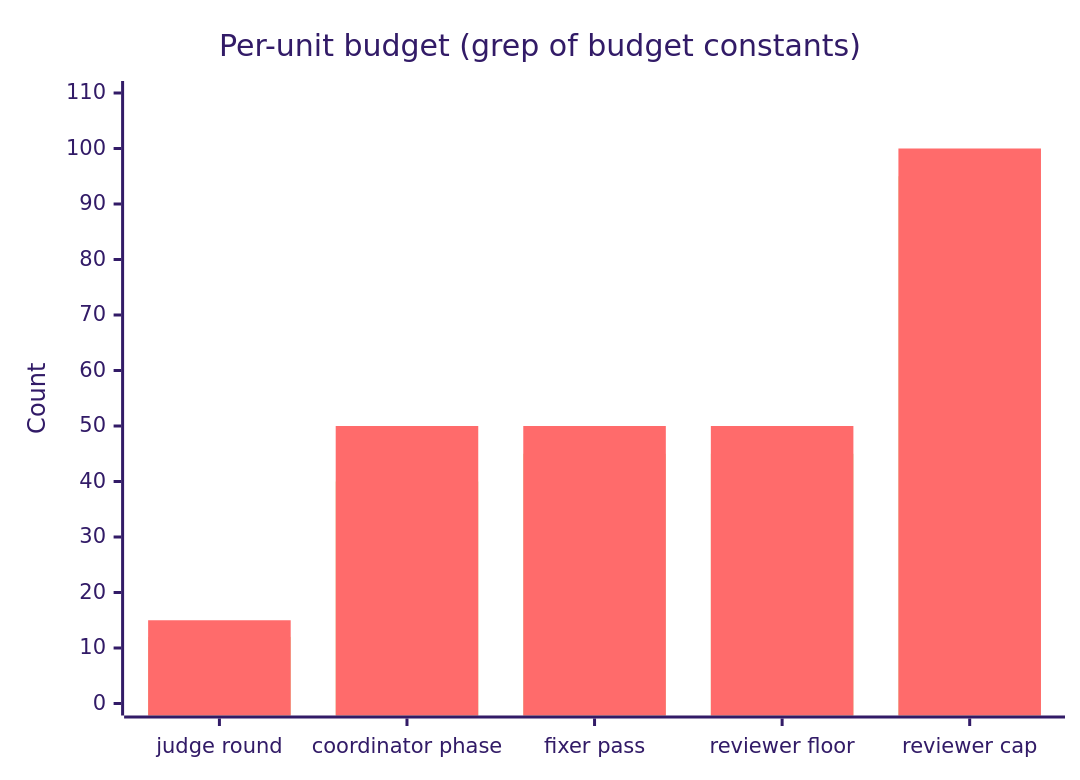
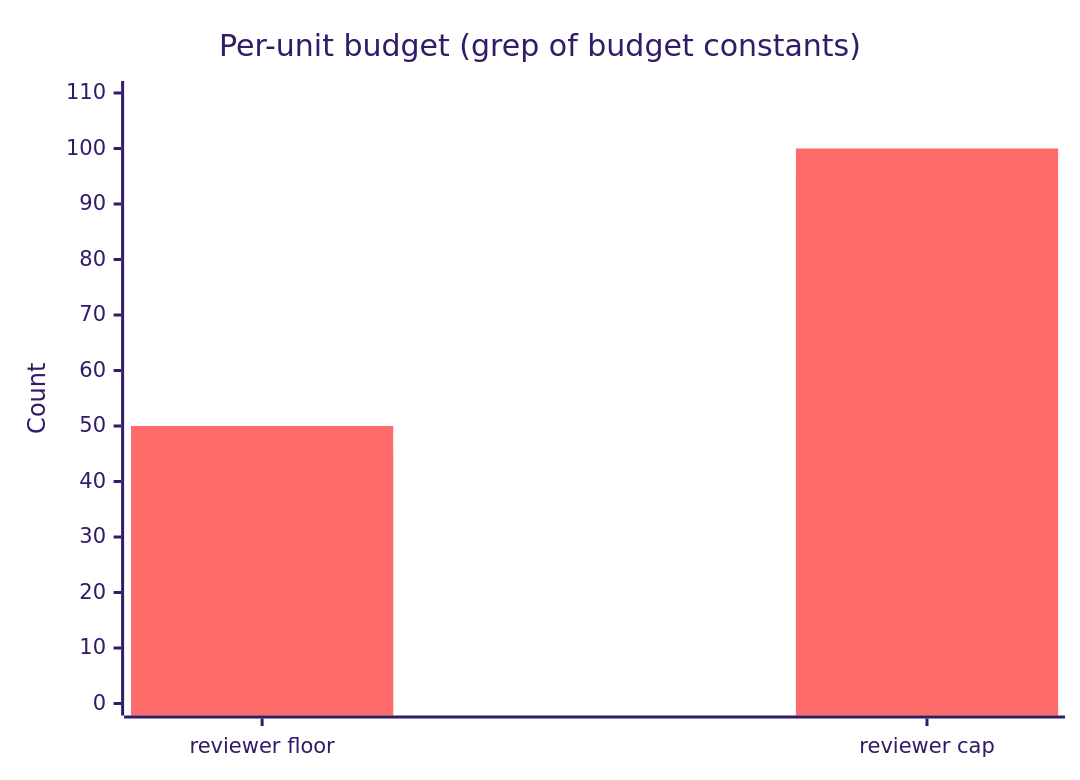
One commit to mfittko/dev-loops changed the tenth of 12 diagrams in docs/atlas/07-model-calls.md. Above: the diagram before and after it, drawn with Mermaid (forest theme). The commit also changed other lines of this file and 109 other files, not shown here.

First line of the commit message:
chore(audit): bundle 3 deletions, retire the repo phase flow, stale docs (issue 3476)

````diff
--- a/docs/atlas/07-model-calls.md
+++ b/docs/atlas/07-model-calls.md
@@ -297,8 +297,8 @@
 ```mermaid
 xychart-beta
   title "Per-unit budget (grep of budget constants)"
-  x-axis ["judge round", "coordinator phase", "fixer pass", "reviewer floor", "reviewer cap"]
+  x-axis ["reviewer floor", "reviewer cap"]
   y-axis "Count" 0 --> 110
-  bar [12, 40, 45, 45, 95]
-  bar [15, 50, 50, 50, 100]
+  bar [45, 95]
+  bar [50, 100]
 ```
````
